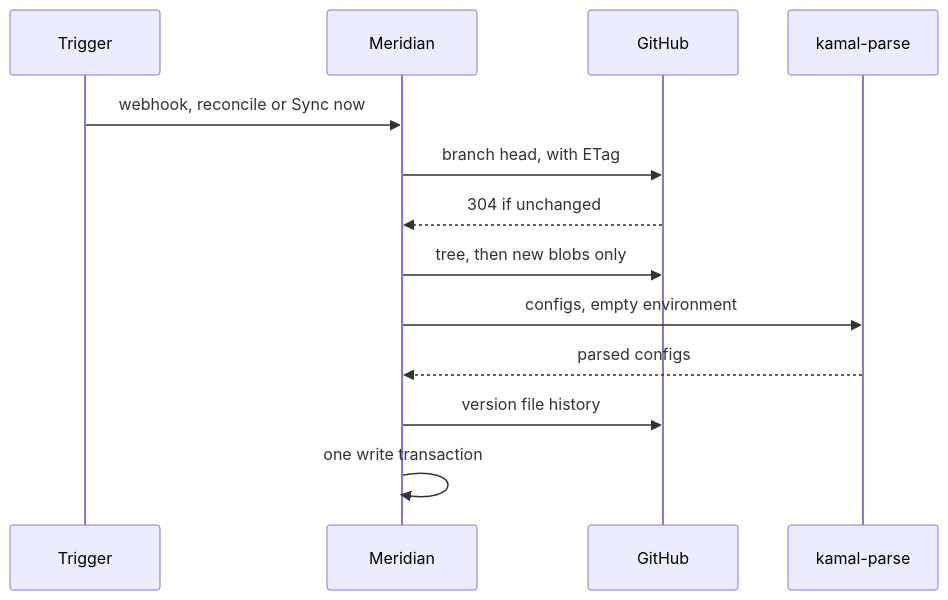
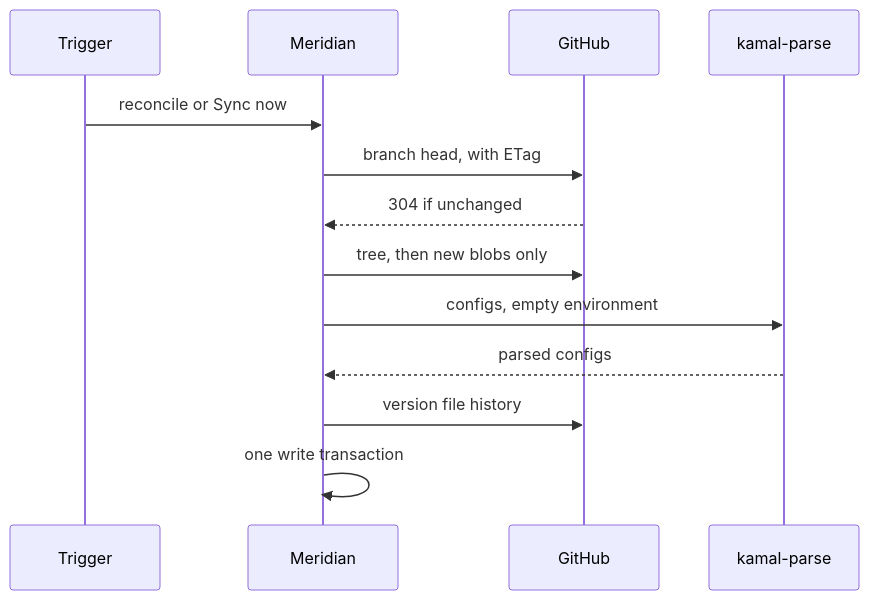
The second of 3 diagrams in contributing/architecture.md (bigint/meridian), drawn with Mermaid before and after one commit. The commit also changed other lines of this file and 40 other files, not shown here.

````diff
--- a/contributing/architecture.md
+++ b/contributing/architecture.md
@@ -27,15 +27,15 @@
 ```mermaid
 sequenceDiagram
   participant T as Trigger
   participant M as Meridian
   participant G as GitHub
   participant P as kamal-parse
-  T->>M: webhook, reconcile or Sync now
+  T->>M: reconcile or Sync now
   M->>G: branch head, with ETag
   G-->>M: 304 if unchanged
   M->>G: tree, then new blobs only
   M->>P: configs, empty environment
   P-->>M: parsed configs
   M->>G: version file history
   M->>M: one write transaction
 ```
````
